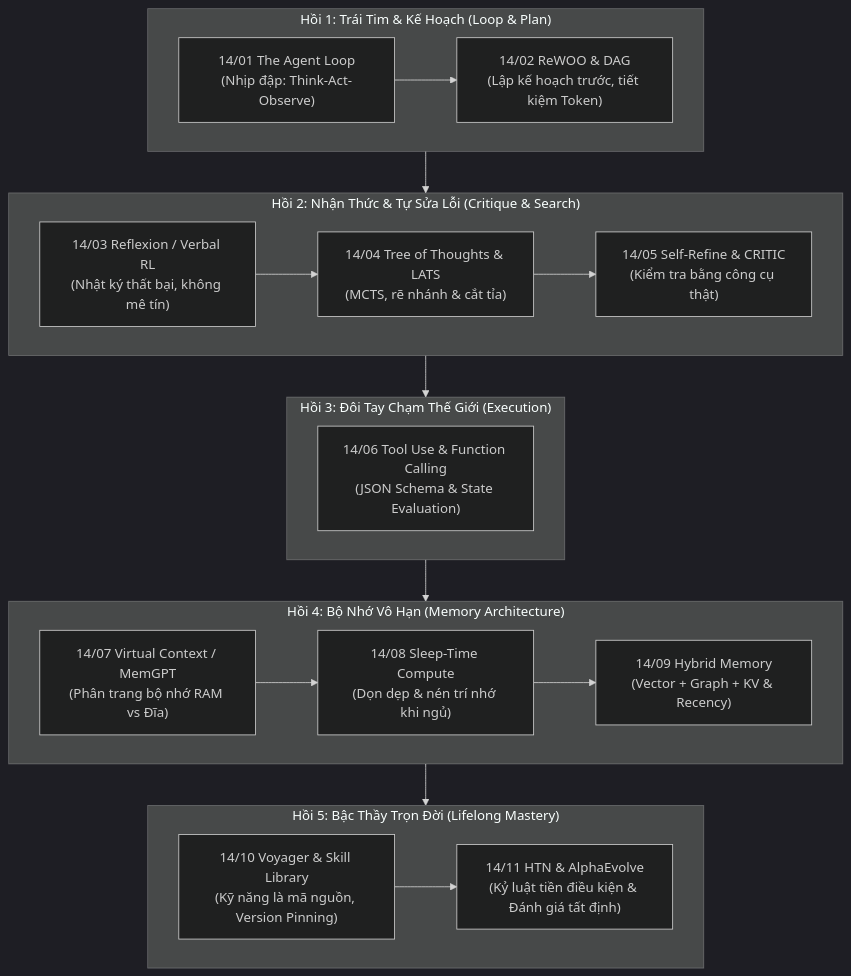
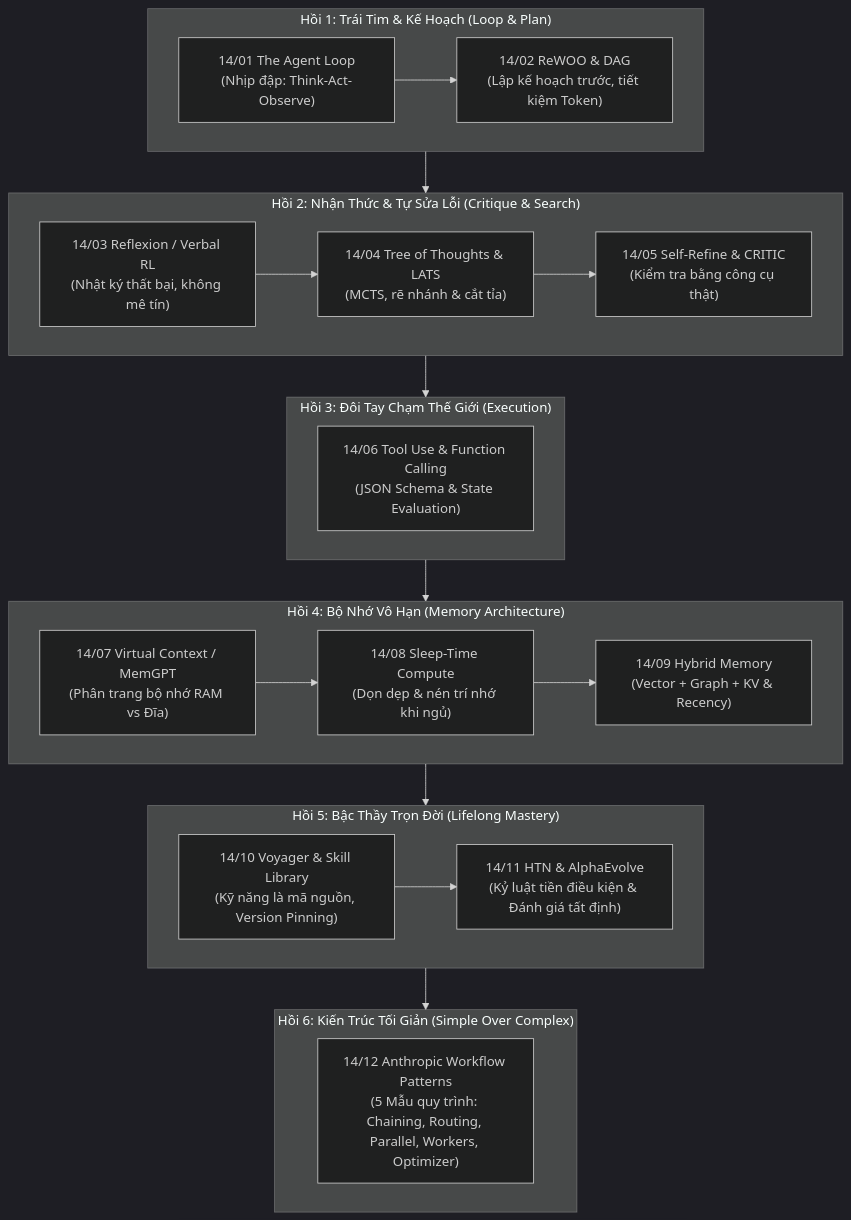
Before and after one commit to tangerine0000/ai-engineer-sandbox: the diagram in REPORT.md, drawn with Mermaid (dark theme). The commit also changed other lines of this file and 1 other file, not shown here.

````diff
--- a/REPORT.md
+++ b/REPORT.md
@@ -8,26 +8,30 @@
 ```mermaid
 flowchart TD
     subgraph Act1["Hồi 1: Trái Tim & Kế Hoạch (Loop & Plan)"]
         L01["14/01 The Agent Loop<br/>(Nhịp đập: Think-Act-Observe)"] --> L02["14/02 ReWOO & DAG<br/>(Lập kế hoạch trước, tiết kiệm Token)"]
     end
 
     subgraph Act2["Hồi 2: Nhận Thức & Tự Sửa Lỗi (Critique & Search)"]
         L03["14/03 Reflexion / Verbal RL<br/>(Nhật ký thất bại, không mê tín)"] --> L04["14/04 Tree of Thoughts & LATS<br/>(MCTS, rẽ nhánh & cắt tỉa)"]
         L04 --> L05["14/05 Self-Refine & CRITIC<br/>(Kiểm tra bằng công cụ thật)"]
     end
 
     subgraph Act3["Hồi 3: Đôi Tay Chạm Thế Giới (Execution)"]
         L06["14/06 Tool Use & Function Calling<br/>(JSON Schema & State Evaluation)"]
     end
 
     subgraph Act4["Hồi 4: Bộ Nhớ Vô Hạn (Memory Architecture)"]
         L07["14/07 Virtual Context / MemGPT<br/>(Phân trang bộ nhớ RAM vs Đĩa)"] --> L08["14/08 Sleep-Time Compute<br/>(Dọn dẹp & nén trí nhớ khi ngủ)"]
         L08 --> L09["14/09 Hybrid Memory<br/>(Vector + Graph + KV & Recency)"]
     end
 
     subgraph Act5["Hồi 5: Bậc Thầy Trọn Đời (Lifelong Mastery)"]
         L10["14/10 Voyager & Skill Library<br/>(Kỹ năng là mã nguồn, Version Pinning)"] --> L11["14/11 HTN & AlphaEvolve<br/>(Kỷ luật tiền điều kiện & Đánh giá tất định)"]
     end
 
-    Act1 --> Act2 --> Act3 --> Act4 --> Act5
+    subgraph Act6["Hồi 6: Kiến Trúc Tối Giản (Simple Over Complex)"]
+        L12["14/12 Anthropic Workflow Patterns<br/>(5 Mẫu quy trình: Chaining, Routing, Parallel, Workers, Optimizer)"]
+    end
+
+    Act1 --> Act2 --> Act3 --> Act4 --> Act5 --> Act6
 ```
````
